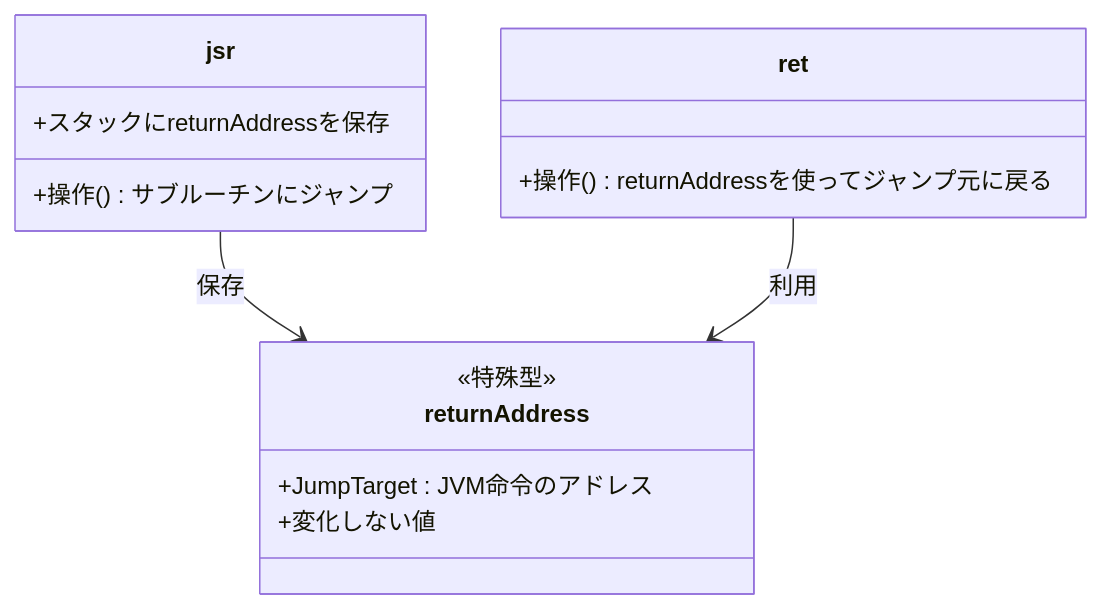
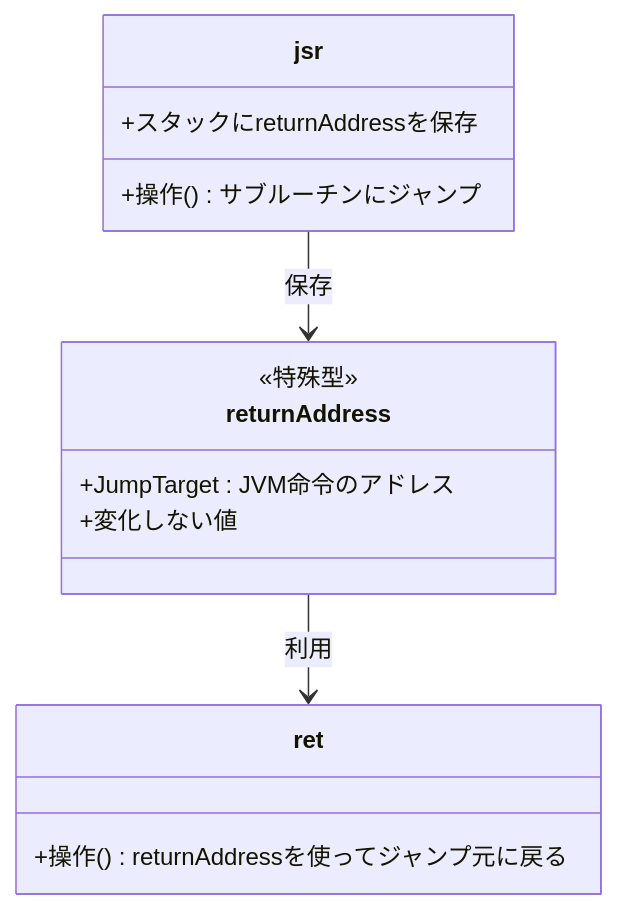
Before and after one commit to PeyaPeyaPeyang/tech-articles: the second of 2 diagrams in articles/reading-jvm-chapter-02-1-4.md, drawn with Mermaid.

Commit message:
memraid2

````diff
--- a/articles/reading-jvm-chapter-02-1-4.md
+++ b/articles/reading-jvm-chapter-02-1-4.md
@@ -263,20 +263,20 @@
 ```mermaid
 classDiagram
     class returnAddress {
         <<特殊型>>
         +JumpTarget : JVM命令のアドレス
         +変化しない値
     }
 
     class jsr {
         +操作() サブルーチンにジャンプ
         +スタックにreturnAddressを保存
     }
 
     class ret {
         +操作() returnAddressを使ってジャンプ元に戻る
     }
 
     jsr --> returnAddress : 保存
-    ret --> returnAddress : 利用
+    returnAddress --> ret : 利用
 ```
````
